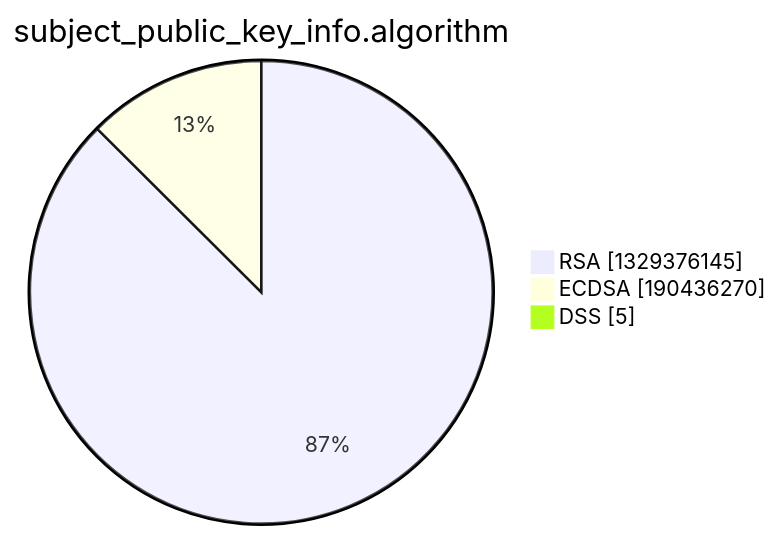
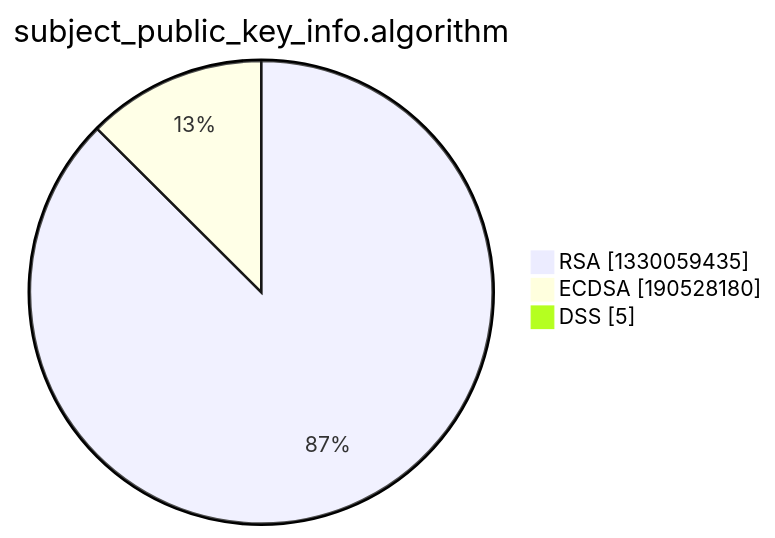
The third of 15 diagrams in xenon2022/README.md (christiankrug/ctmonitor_visualization), drawn with Mermaid before and after one commit. The commit also changed other lines of this file, not shown here.

````diff
--- a/xenon2022/README.md
+++ b/xenon2022/README.md
@@ -14,7 +14,7 @@
 ```mermaid
 pie showData
 title subject_public_key_info.algorithm
-"RSA" :1329376145
-"ECDSA" :190436270
+"RSA" :1330059435
+"ECDSA" :190528180
 "DSS" :5
 ```
````
